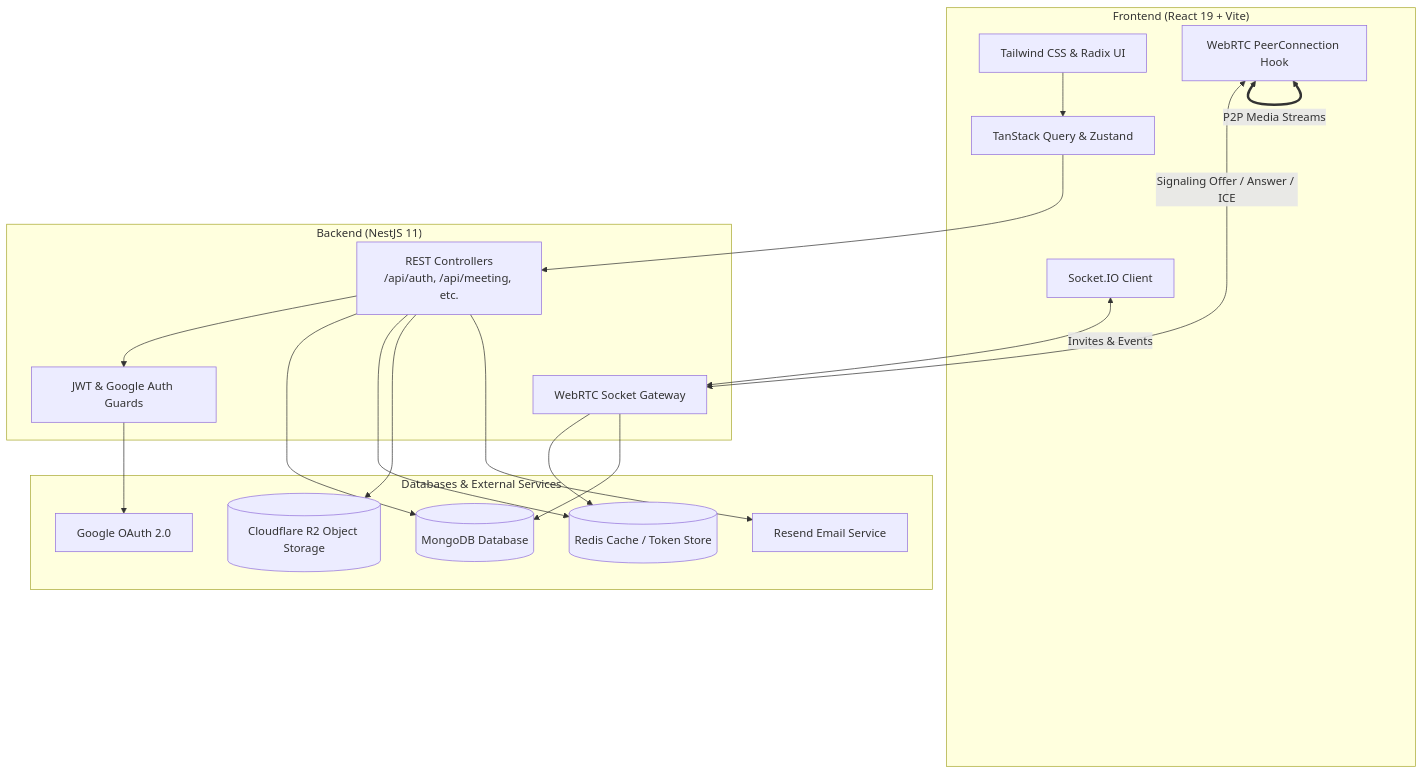
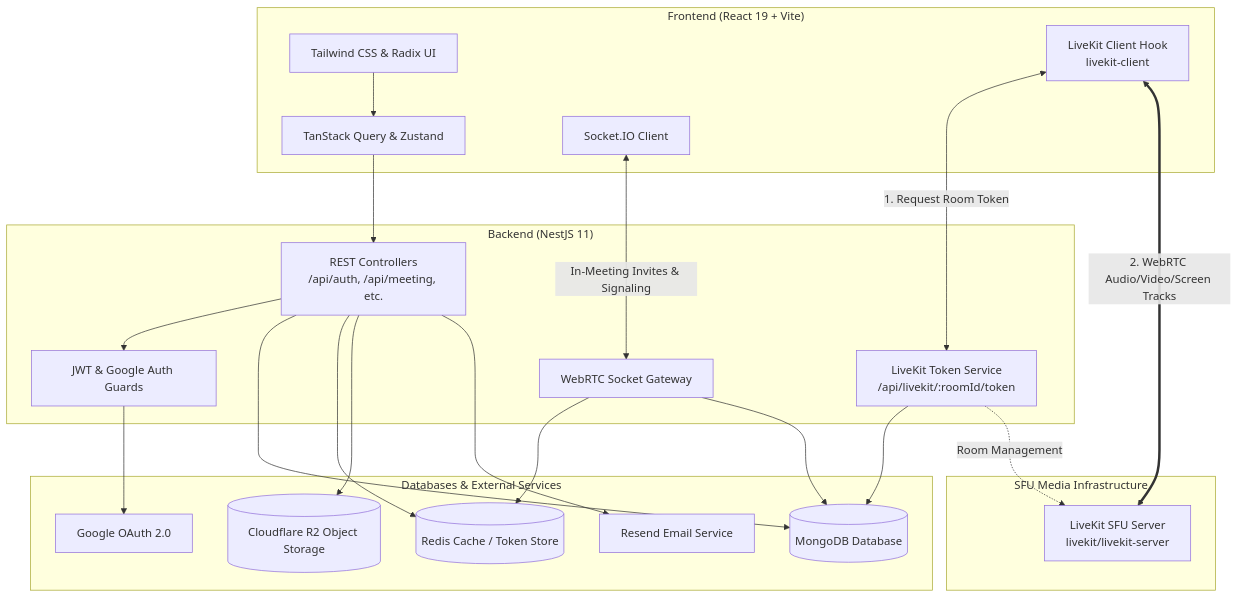
Before and after one commit to pratik2061/meet-up: the diagram in README.md, drawn with Mermaid. The commit also changed other lines of this file, not shown here.

Commit message:
docs: update documentation to reflect migration from mesh WebRTC to LiveKit SFU architecture

````diff
--- a/README.md
+++ b/README.md
@@ -89,38 +90,45 @@
 ```mermaid
 flowchart TB
     subgraph Client ["Frontend (React 19 + Vite)"]
         UI[Tailwind CSS & Radix UI]
         RQ[TanStack Query & Zustand]
-        RTC[WebRTC PeerConnection Hook]
+        LK_C[LiveKit Client Hook<br/>livekit-client]
         SIO_C[Socket.IO Client]
     end
 
     subgraph Server ["Backend (NestJS 11)"]
         REST[REST Controllers<br/>/api/auth, /api/meeting, etc.]
+        LK_S[LiveKit Token Service<br/>/api/livekit/:roomId/token]
         GATEWAY[WebRTC Socket Gateway]
         AUTH_GUARD[JWT & Google Auth Guards]
+    end
+
+    subgraph Media ["SFU Media Infrastructure"]
+        LIVEKIT[LiveKit SFU Server<br/>livekit/livekit-server]
     end
 
     subgraph Storage ["Databases & External Services"]
         MONGO[(MongoDB Database)]
         REDIS[(Redis Cache / Token Store)]
         R2[(Cloudflare R2 Object Storage)]
         RESEND[Resend Email Service]
         GOOGLE[Google OAuth 2.0]
     end
 
     UI --> RQ
     RQ --> REST
-    RTC <-->|Signaling Offer / Answer / ICE| GATEWAY
-    RTC <=====>|P2P Media Streams| RTC
-    SIO_C <-->|Invites & Events| GATEWAY
+    LK_C <-->|1. Request Room Token| LK_S
+    LK_C <=====>|2. WebRTC Audio/Video/Screen Tracks| LIVEKIT
+    SIO_C <-->|In-Meeting Invites & Signaling| GATEWAY
 
     REST --> AUTH_GUARD
     REST --> MONGO
     REST --> REDIS
     REST --> R2
     REST --> RESEND
+    LK_S --> MONGO
+    LK_S -.->|Room Management| LIVEKIT
     AUTH_GUARD --> GOOGLE
     GATEWAY --> REDIS
     GATEWAY --> MONGO
 ```
````
